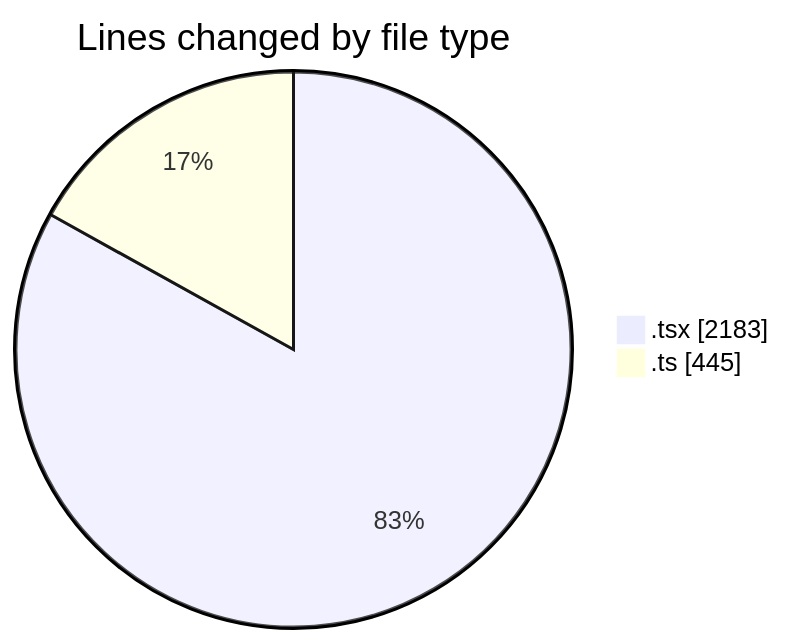
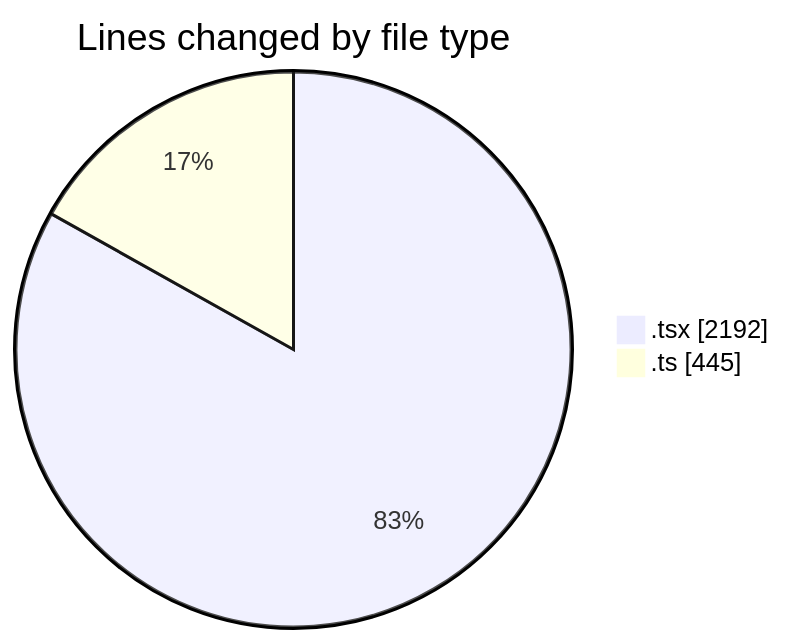
The first of 2 diagrams in 2025-09-24/cda/README.md (momahboobian/code-tracking), drawn with Mermaid before and after one commit. The commit also changed other lines of this file and 1 other file, not shown here.

````diff
--- a/2025-09-24/cda/README.md
+++ b/2025-09-24/cda/README.md
@@ -30,6 +30,6 @@
 ```mermaid
 pie showData
 title Lines changed by file type
-".tsx" : 2183
+".tsx" : 2192
 ".ts" : 445
 ```
````
